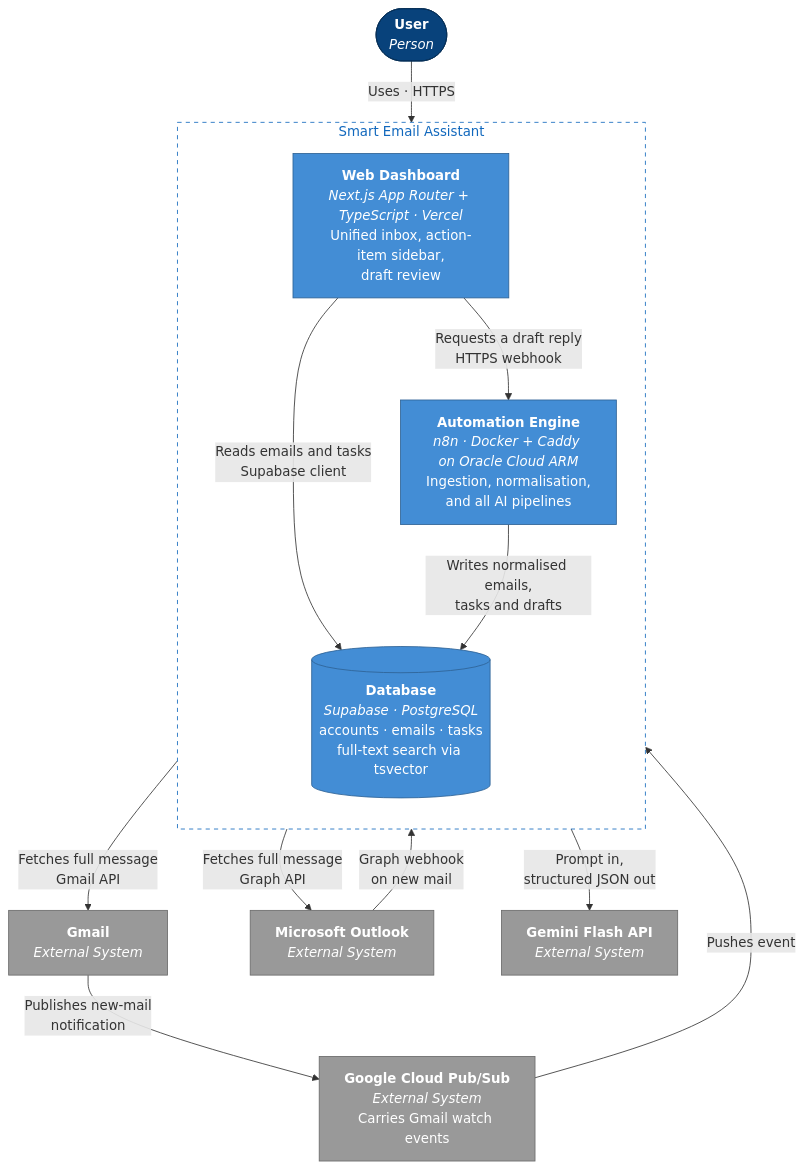
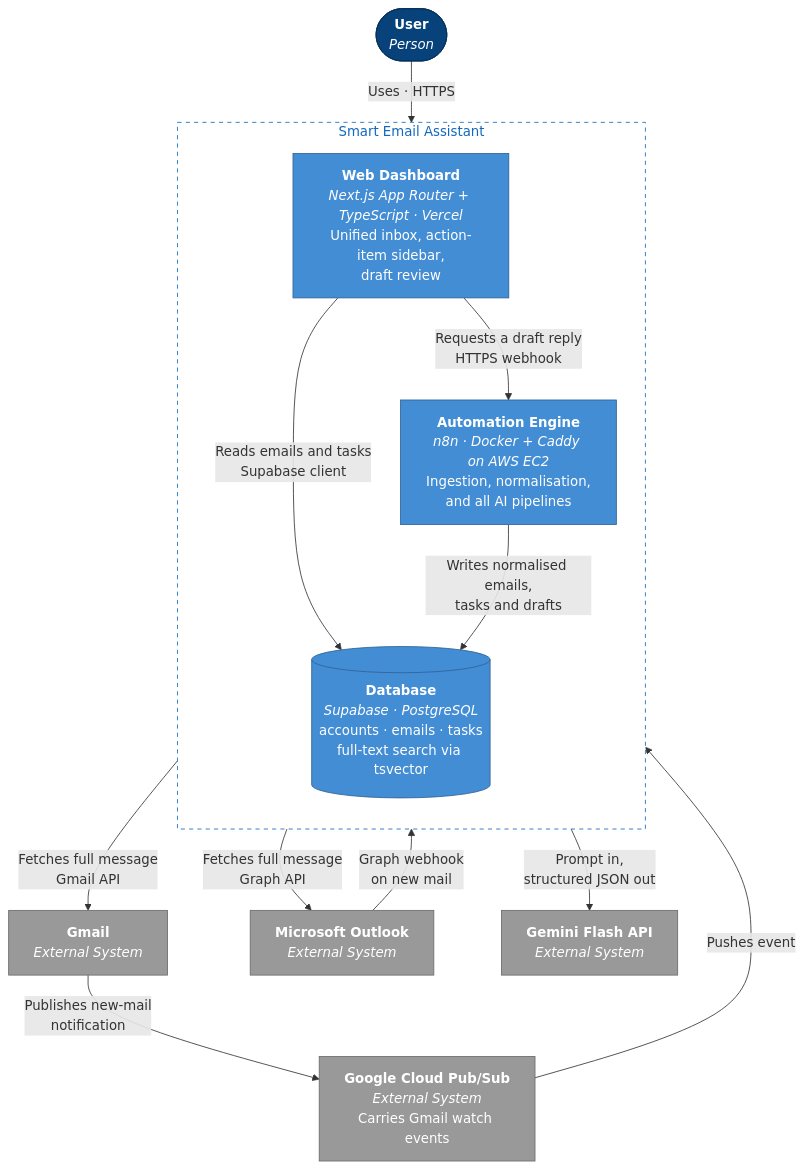
Before and after one commit to yomal321/smart-email-assistant: the second of 6 diagrams in architecture.md, drawn with Mermaid. The commit also changed other lines of this file and 80 other files, not shown here.

````diff
--- a/architecture.md
+++ b/architecture.md
@@ -55,37 +55,37 @@
 ```mermaid
 flowchart TB
     user(["<b>User</b><br/><i>Person</i>"])
 
     subgraph sys ["Smart Email Assistant"]
         direction TB
         web["<b>Web Dashboard</b><br/><i>Next.js App Router + TypeScript · Vercel</i><br/>Unified inbox, action-item sidebar,<br/>draft review"]
-        n8n["<b>Automation Engine</b><br/><i>n8n · Docker + Caddy on Oracle Cloud ARM</i><br/>Ingestion, normalisation,<br/>and all AI pipelines"]
+        n8n["<b>Automation Engine</b><br/><i>n8n · Docker + Caddy on AWS EC2</i><br/>Ingestion, normalisation,<br/>and all AI pipelines"]
         db[("<b>Database</b><br/><i>Supabase · PostgreSQL</i><br/>accounts · emails · tasks<br/>full-text search via tsvector")]
     end
 
     gmail["<b>Gmail</b><br/><i>External System</i>"]
     pubsub["<b>Google Cloud Pub/Sub</b><br/><i>External System</i><br/>Carries Gmail watch events"]
     outlook["<b>Microsoft Outlook</b><br/><i>External System</i>"]
     gemini["<b>Gemini Flash API</b><br/><i>External System</i>"]
 
     user -->|"Uses · HTTPS"| web
     web -->|"Reads emails and tasks<br/>Supabase client"| db
     web -->|"Requests a draft reply<br/>HTTPS webhook"| n8n
     n8n -->|"Writes normalised emails,<br/>tasks and drafts"| db
 
     gmail -->|"Publishes new-mail<br/>notification"| pubsub
     pubsub -->|"Pushes event"| n8n
     outlook -->|"Graph webhook<br/>on new mail"| n8n
     n8n -->|"Fetches full message<br/>Gmail API"| gmail
     n8n -->|"Fetches full message<br/>Graph API"| outlook
     n8n -->|"Prompt in,<br/>structured JSON out"| gemini
 
     classDef person fill:#08427B,stroke:#052E56,color:#ffffff
     classDef container fill:#438DD5,stroke:#2E6295,color:#ffffff
     classDef ext fill:#999999,stroke:#6B6B6B,color:#ffffff
     classDef boundary fill:#ffffff,stroke:#1168BD,stroke-dasharray:5 5,color:#1168BD
     class user person
     class web,n8n,db container
     class gmail,outlook,gemini,pubsub ext
     class sys boundary
 ```
````
